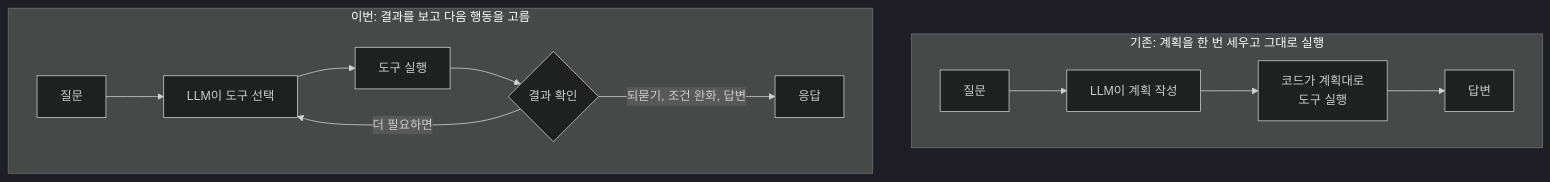
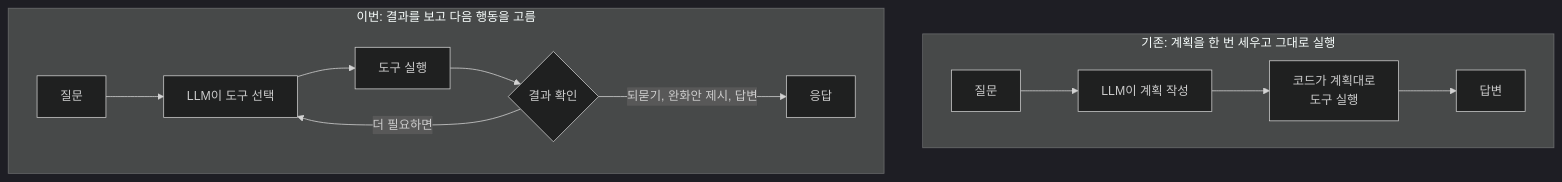
One commit to 12OneTwo12/12OneTwo12.github.io changed the first of 4 diagrams in content/blog/architecture/real-estate-integrated-agent.ko.md. Above: the diagram before and after it, drawn with Mermaid (dark theme). The commit also changed other lines of this file and 1 other file, not shown here.

````diff
--- a/content/blog/architecture/real-estate-integrated-agent.ko.md
+++ b/content/blog/architecture/real-estate-integrated-agent.ko.md
@@ -62,13 +62,13 @@
 ```mermaid
 flowchart TB
     subgraph Plan["기존: 계획을 한 번 세우고 그대로 실행"]
         direction LR
         Q1["질문"] --> P1["LLM이 계획 작성"] --> E1["코드가 계획대로<br/>도구 실행"] --> A1["답변"]
     end
     subgraph Loop["이번: 결과를 보고 다음 행동을 고름"]
         direction LR
         Q2["질문"] --> L2["LLM이 도구 선택"] --> T2["도구 실행"] --> R2{"결과 확인"}
         R2 -->|더 필요하면| L2
-        R2 -->|되묻기, 조건 완화, 답변| A2["응답"]
+        R2 -->|되묻기, 완화안 제시, 답변| A2["응답"]
     end
 ```
````
